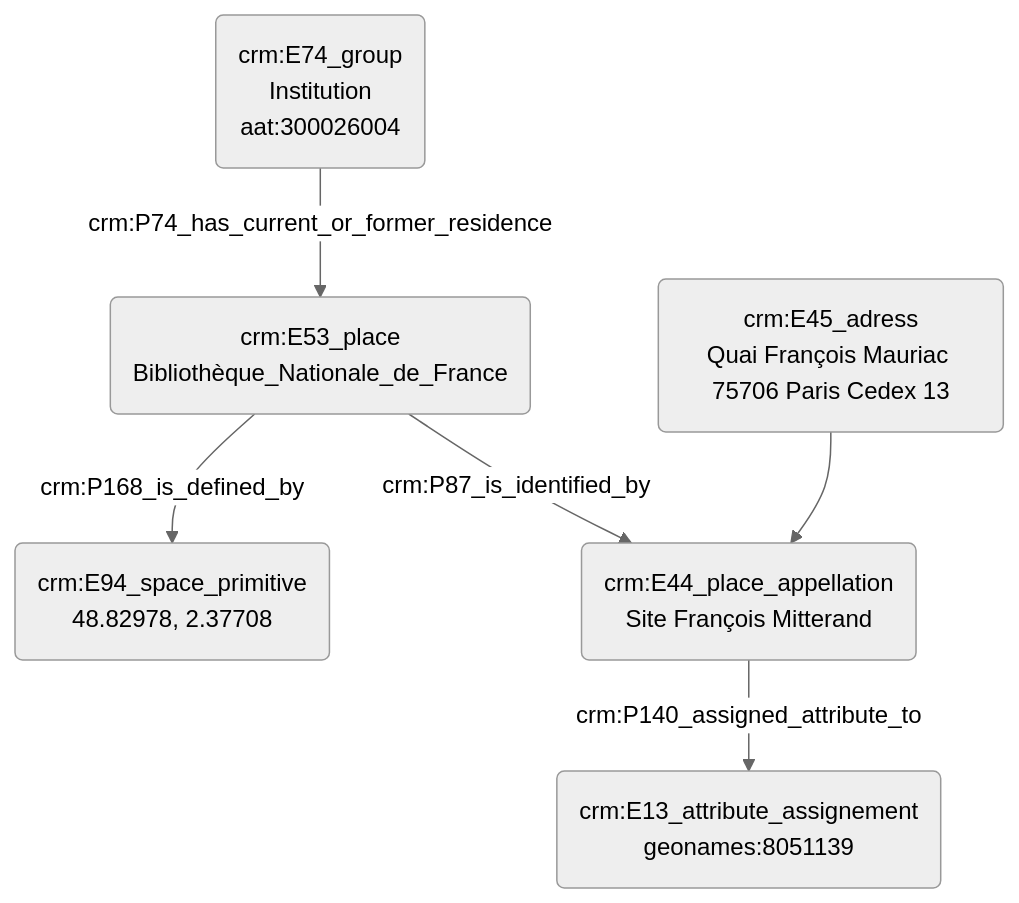
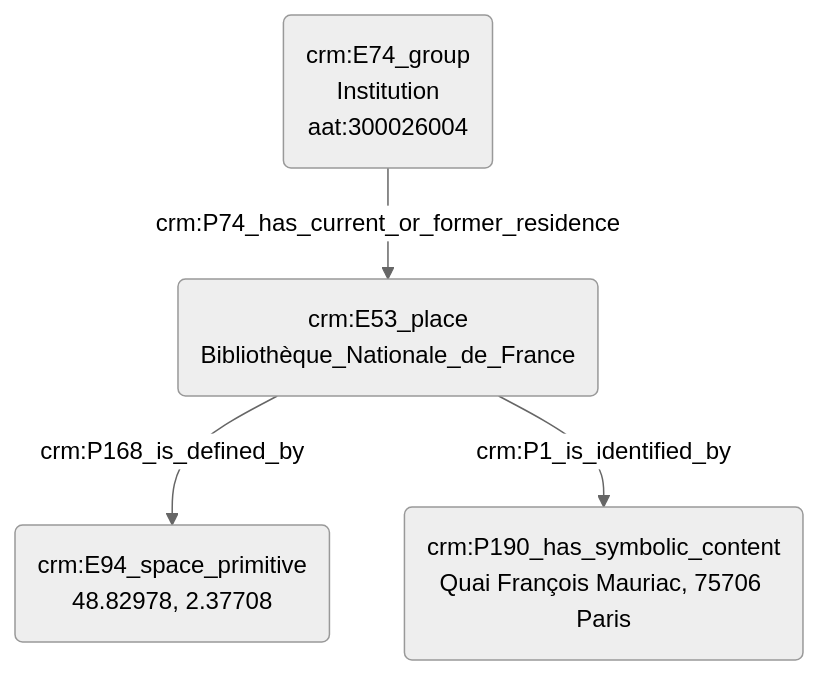
The diagram in modules/livrables/Dossier 2/Indexation conceptuelle/indexation_d_un_lieu.md (Amleth/consortium-musica2-gt2-ontologies), drawn with Mermaid (neutral theme) before and after one commit.

````diff
--- a/modules/livrables/Dossier 2/Indexation conceptuelle/indexation_d_un_lieu.md
+++ b/modules/livrables/Dossier 2/Indexation conceptuelle/indexation_d_un_lieu.md
@@ -13,11 +13,9 @@
 ```mermaid
 graph TD;
 
 A(crm:E53_place<br>Bibliothèque_Nationale_de_France) --> |crm:P168_is_defined_by| B(crm:E94_space_primitive<br>48.82978, 2.37708)
-A(crm:E53_place<br>Bibliothèque_Nationale_de_France) --> |crm:P87_is_identified_by| C(crm:E44_place_appellation<br>Site François Mitterand)
-F(crm:E74_group<br>Institution<br>aat:300026004) --> |crm:P74_has_current_or_former_residence| A(crm:E53_place<br>Bibliothèque_Nationale_de_France)
+C(crm:E74_group<br>Institution<br>aat:300026004) --> |crm:P74_has_current_or_former_residence| A(crm:E53_place<br>Bibliothèque_Nationale_de_France)
+A(crm:E53_place<br>Bibliothèque_Nationale_de_France) --> |crm:P1_is_identified_by| D(crm:P190_has_symbolic_content<br>Quai François Mauriac, 75706 Paris)
 
-D(crm:E45_adress<br>Quai François Mauriac 75706 Paris Cedex 13) --> C(crm:E44_place_appellation<br>Site François Mitterand)
-C(crm:E44_place_appellation<br>Site François Mitterand) --> |crm:P140_assigned_attribute_to| E(crm:E13_attribute_assignement<br>geonames:8051139)
 
 ```
````
